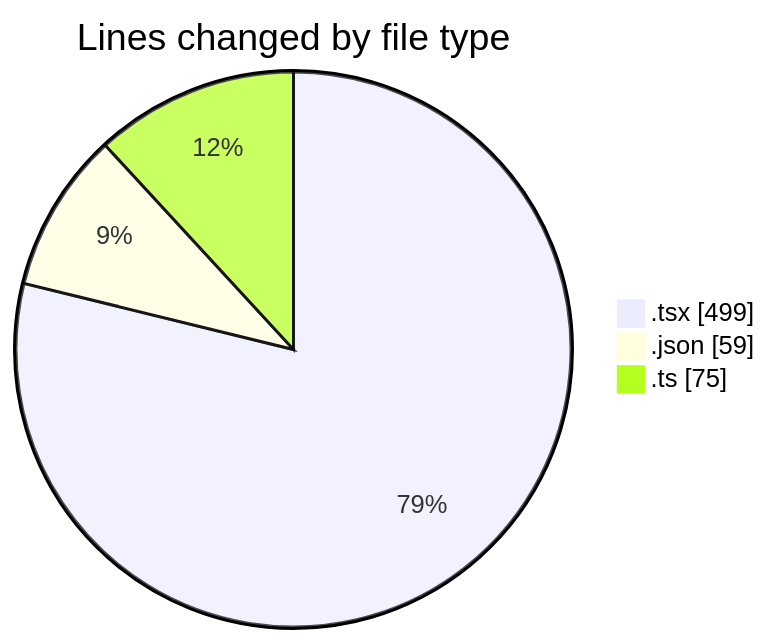
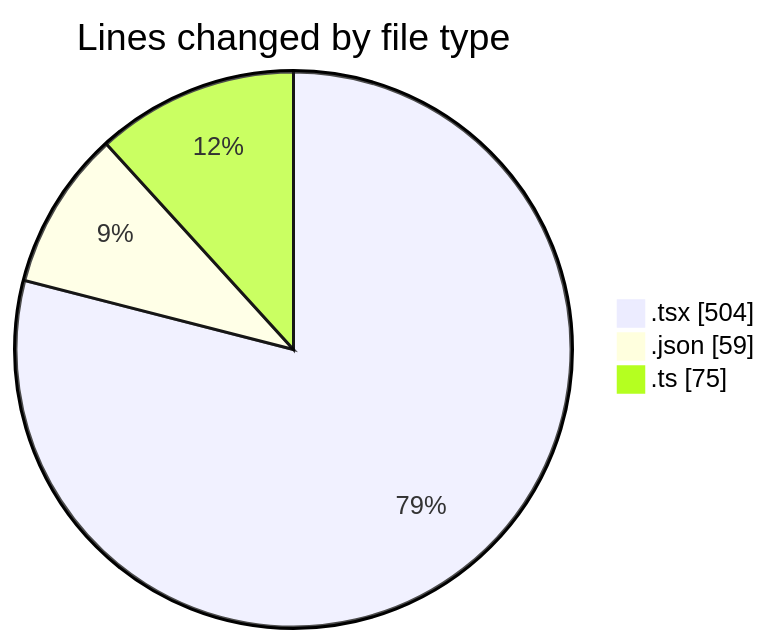
Before and after one commit to momahboobian/code-tracking: the first of 2 diagrams in 2025-11-24/cda/README.md, drawn with Mermaid. The commit also changed other lines of this file and 1 other file, not shown here.

````diff
--- a/2025-11-24/cda/README.md
+++ b/2025-11-24/cda/README.md
@@ -24,7 +24,7 @@
 ```mermaid
 pie showData
 title Lines changed by file type
-".tsx" : 499
+".tsx" : 504
 ".json" : 59
 ".ts" : 75
 ```
````
